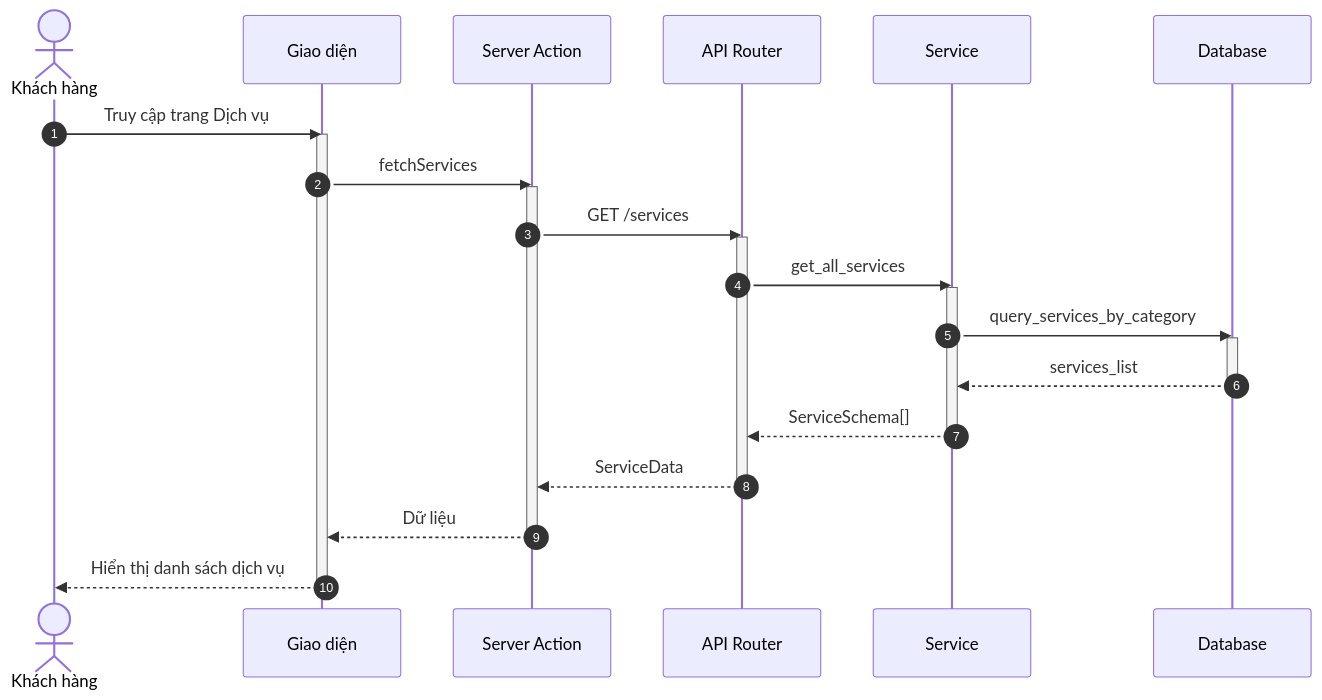
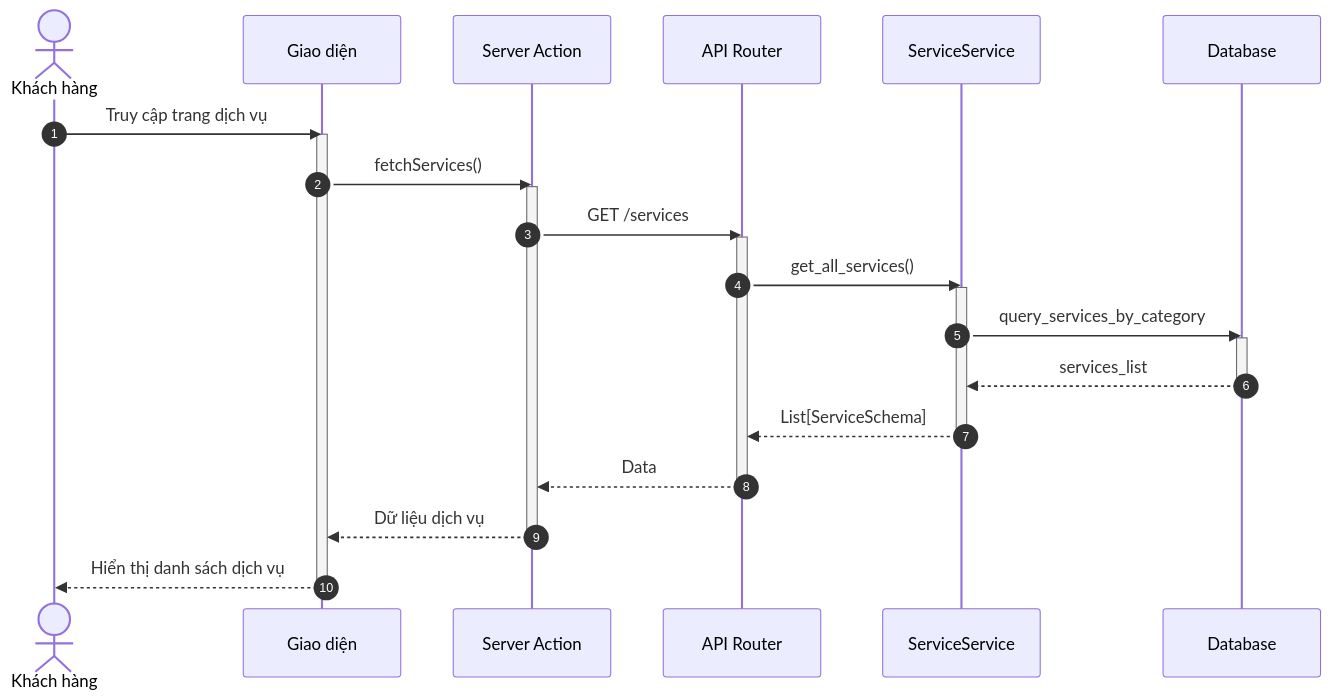
One commit to ngoctinn/Synapse changed the first of 9 diagrams in docs/design/sequences/customer_flows.md. Above: the diagram before and after it, drawn with Mermaid. The commit also changed other lines of this file and 11 other files, not shown here.

Commit message:
docs: Add initial design documentation, including architecture, UI, use cases, and detailed sequence diagrams for various user flows.

````diff
--- a/docs/design/sequences/customer_flows.md
+++ b/docs/design/sequences/customer_flows.md
@@ -28,38 +28,38 @@
 ```mermaid
 sequenceDiagram
     autonumber
     actor KH as Khách hàng
     participant UI as Giao diện
     participant BFF as Server Action
     participant API as API Router
-    participant S as Service
+    participant S as ServiceService
     participant DB as Database
 
-    KH->>UI: Truy cập trang Dịch vụ
+    KH->>UI: Truy cập trang dịch vụ
     activate UI
-    UI->>BFF: fetchServices
+    UI->>BFF: fetchServices()
     activate BFF
 
     BFF->>API: GET /services
     activate API
 
-    API->>S: get_all_services
+    API->>S: get_all_services()
     activate S
 
     S->>DB: query_services_by_category
     activate DB
     DB-->>S: services_list
     deactivate DB
 
-    S-->>API: ServiceSchema[]
+    S-->>API: List[ServiceSchema]
     deactivate S
 
-    API-->>BFF: ServiceData
+    API-->>BFF: Data
     deactivate API
 
-    BFF-->>UI: Dữ liệu
+    BFF-->>UI: Dữ liệu dịch vụ
     deactivate BFF
 
     UI-->>KH: Hiển thị danh sách dịch vụ
     deactivate UI
 ```
````
